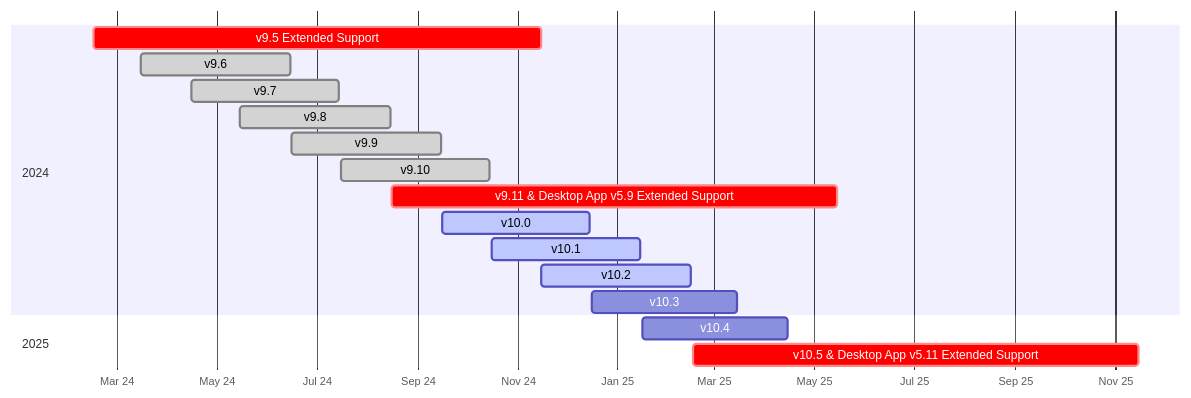
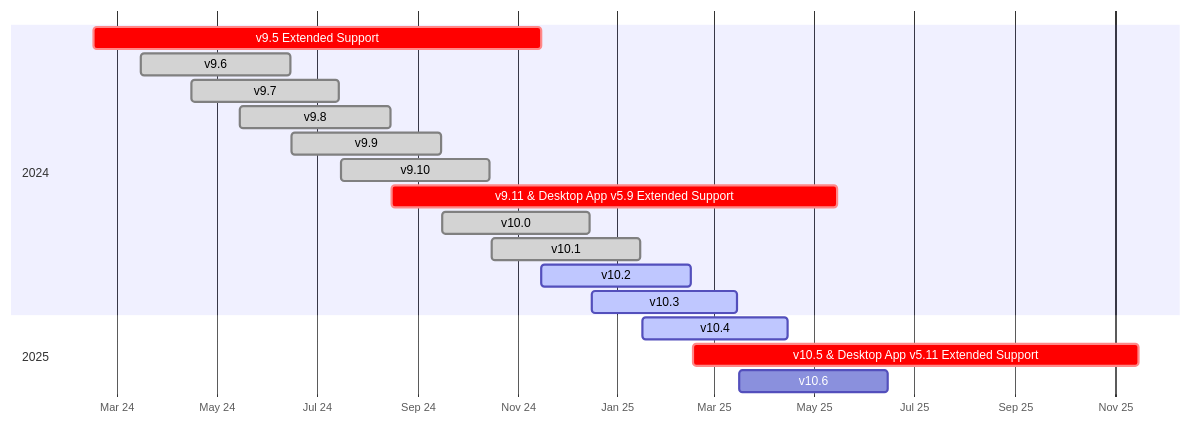
Before and after one commit to mattermost/docs: the diagram in source/about/release-policy.md, drawn with Mermaid.

````diff
--- a/source/about/release-policy.md
+++ b/source/about/release-policy.md
@@ -48,24 +48,25 @@
 ```{mermaid}
 
 gantt
     dateFormat  YYYY-MM-DD
     axisFormat  %b %y
     tickInterval 2month
     
     section 2024
     v9.5 Extended Support  :crit,    2024-02-16, 2024-11-15
     v9.6                   :done,  2024-03-16, 2024-06-15
     v9.7                   :done,  2024-04-16, 2024-07-15
     v9.8                   :done,  2024-05-15, 2024-08-15
     v9.9                   :done,  2024-06-16, 2024-09-15
     v9.10                  :done,  2024-07-16, 2024-10-15
     v9.11 & Desktop App v5.9 Extended Support :crit,    2024-08-16, 2025-05-15
-    v10.0                  :active,    2024-09-16, 2024-12-15
-    v10.1                  :active,    2024-10-16, 2025-01-15
-    v10.2                  :active,    2024-11-15, 2025-02-15
-    v10.3                  :upcoming,    2024-12-16, 2025-03-15
+    v10.0                  :done,    2024-09-16, 2024-12-15
+    v10.1                  :done,    2024-10-16, 2025-01-15
+    v10.2                  :active,  2024-11-15, 2025-02-15
+    v10.3                  :active,  2024-12-16, 2025-03-15
 
     section 2025
-    v10.4                  :upcoming,    2025-01-16, 2025-04-15
+    v10.4                  :active,  2025-01-16, 2025-04-15
     v10.5 & Desktop App v5.11 Extended Support :crit,    2025-02-16, 2025-11-15
+    v10.6                  :upcoming, 2025-03-16, 2025-06-15
 ```
````
